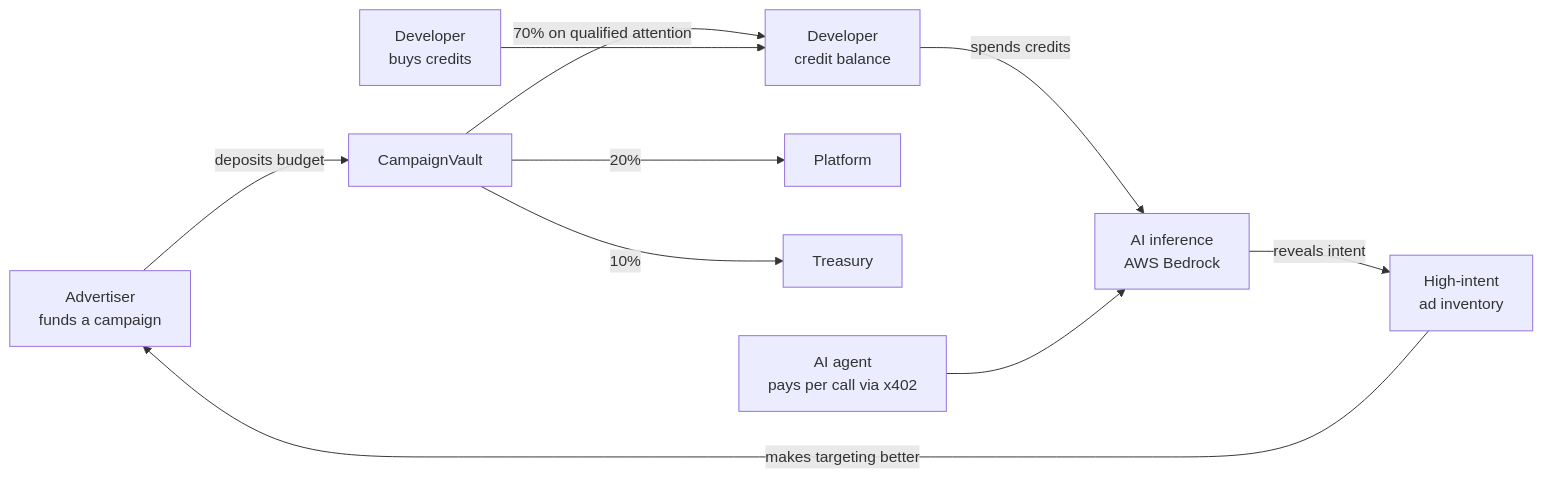
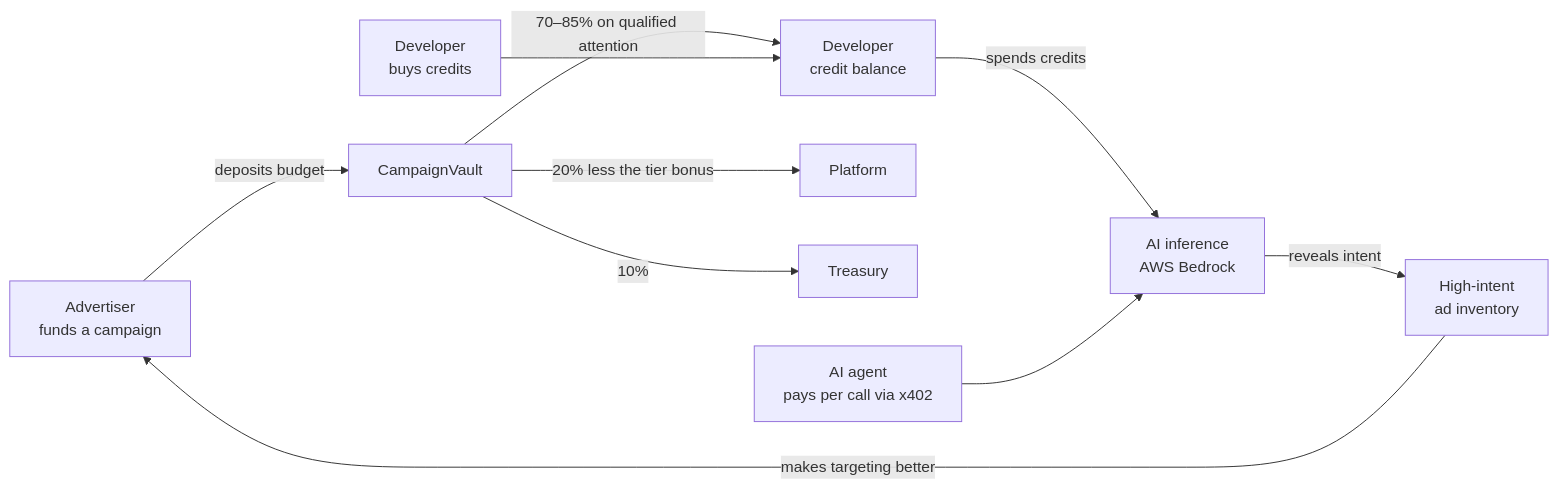
One commit to chandrabosep/GRAPE-AI changed the diagram in docs/economics.md. Above: the diagram before and after it, drawn with Mermaid. The commit also changed other lines of this file and 21 other files, not shown here.

````diff
--- a/docs/economics.md
+++ b/docs/economics.md
@@ -15,12 +15,12 @@
 ```mermaid
 flowchart LR
   ADV["Advertiser<br/>funds a campaign"] -->|deposits budget| VAULT[CampaignVault]
-  VAULT -->|"70% on qualified attention"| USER["Developer<br/>credit balance"]
-  VAULT -->|20%| PLAT[Platform]
+  VAULT -->|"70–85% on qualified attention"| USER["Developer<br/>credit balance"]
+  VAULT -->|"20% less the tier bonus"| PLAT[Platform]
   VAULT -->|10%| TREAS[Treasury]
   BUY["Developer<br/>buys credits"] --> USER
   USER -->|spends credits| AI["AI inference<br/>AWS Bedrock"]
   AI -->|"reveals intent"| INV["High-intent<br/>ad inventory"]
   INV -->|"makes targeting better"| ADV
   AGENT["AI agent<br/>pays per call via x402"] --> AI
 ```
````
